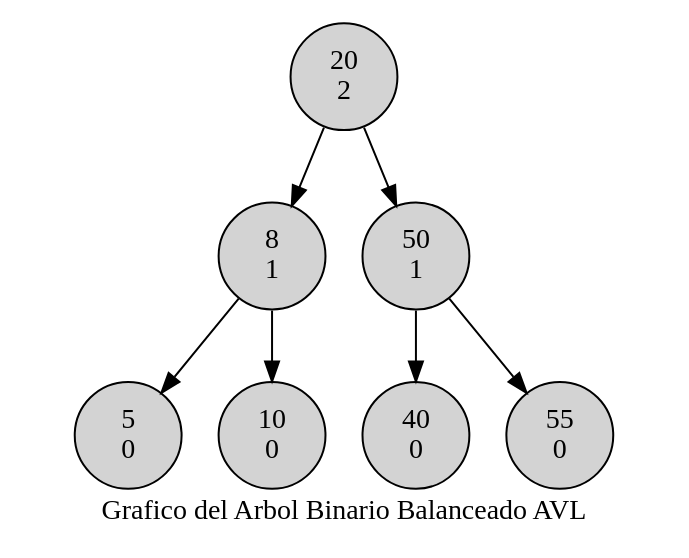
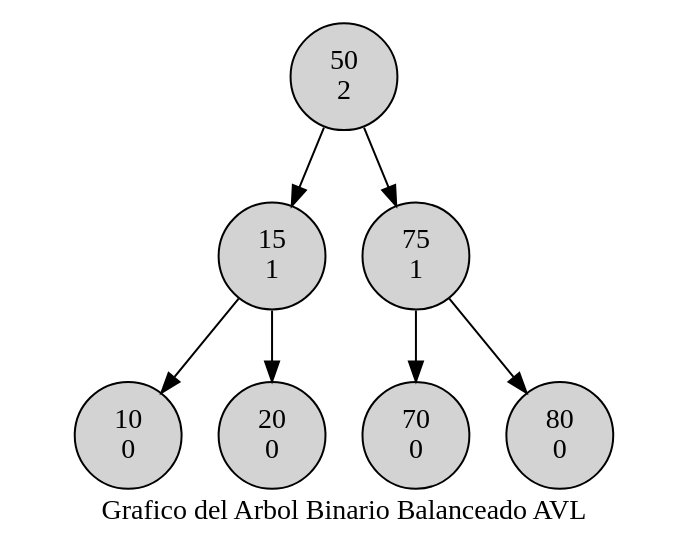
The diagram in estructuras/Resultado/GraficaArbol.dot (av-edson/EDD-Estructuras), drawn with Graphviz before and after one commit. The commit also changed 2 other files, not shown here.

```diff
--- a/estructuras/Resultado/GraficaArbol.dot
+++ b/estructuras/Resultado/GraficaArbol.dot
@@ -1,23 +1,23 @@
 digraph D{
 node [shape=circle style=filled ] 
 label= " Grafico del Arbol Binario Balanceado AVL " 
-"20
-2" -> "8
+"50
+2" -> "15
 1" 
-"8
-1" -> "5
-0" 
-"8
+"15
 1" -> "10
 0" 
-"20
-2" -> "50
-1" 
-"50
-1" -> "40
+"15
+1" -> "20
 0" 
 "50
-1" -> "55
+2" -> "75
+1" 
+"75
+1" -> "70
+0" 
+"75
+1" -> "80
 0" 
 
 }
```
